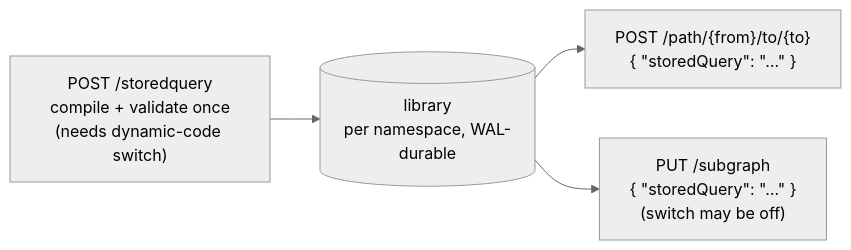
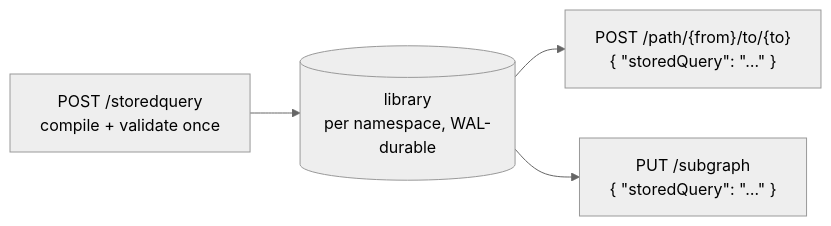
One commit to cosh/fallen-8-core changed the diagram in docs/stored-queries.md. Above: the diagram before and after it, drawn with Mermaid (neutral theme). The commit also changed other lines of this file and 81 other files, not shown here.

````diff
--- a/docs/stored-queries.md
+++ b/docs/stored-queries.md
@@ -5,6 +5,6 @@
 ```mermaid
 flowchart LR
-    R["POST /storedquery<br/>compile + validate once<br/>(needs dynamic-code switch)"] --> L[("library<br/>per namespace, WAL-durable")]
+    R["POST /storedquery<br/>compile + validate once"] --> L[("library<br/>per namespace, WAL-durable")]
     L --> P["POST /path/{from}/to/{to}<br/>{ &quot;storedQuery&quot;: &quot;…&quot; }"]
-    L --> S["PUT /subgraph<br/>{ &quot;storedQuery&quot;: &quot;…&quot; }<br/>(switch may be off)"]
+    L --> S["PUT /subgraph<br/>{ &quot;storedQuery&quot;: &quot;…&quot; }"]
 ```
````
